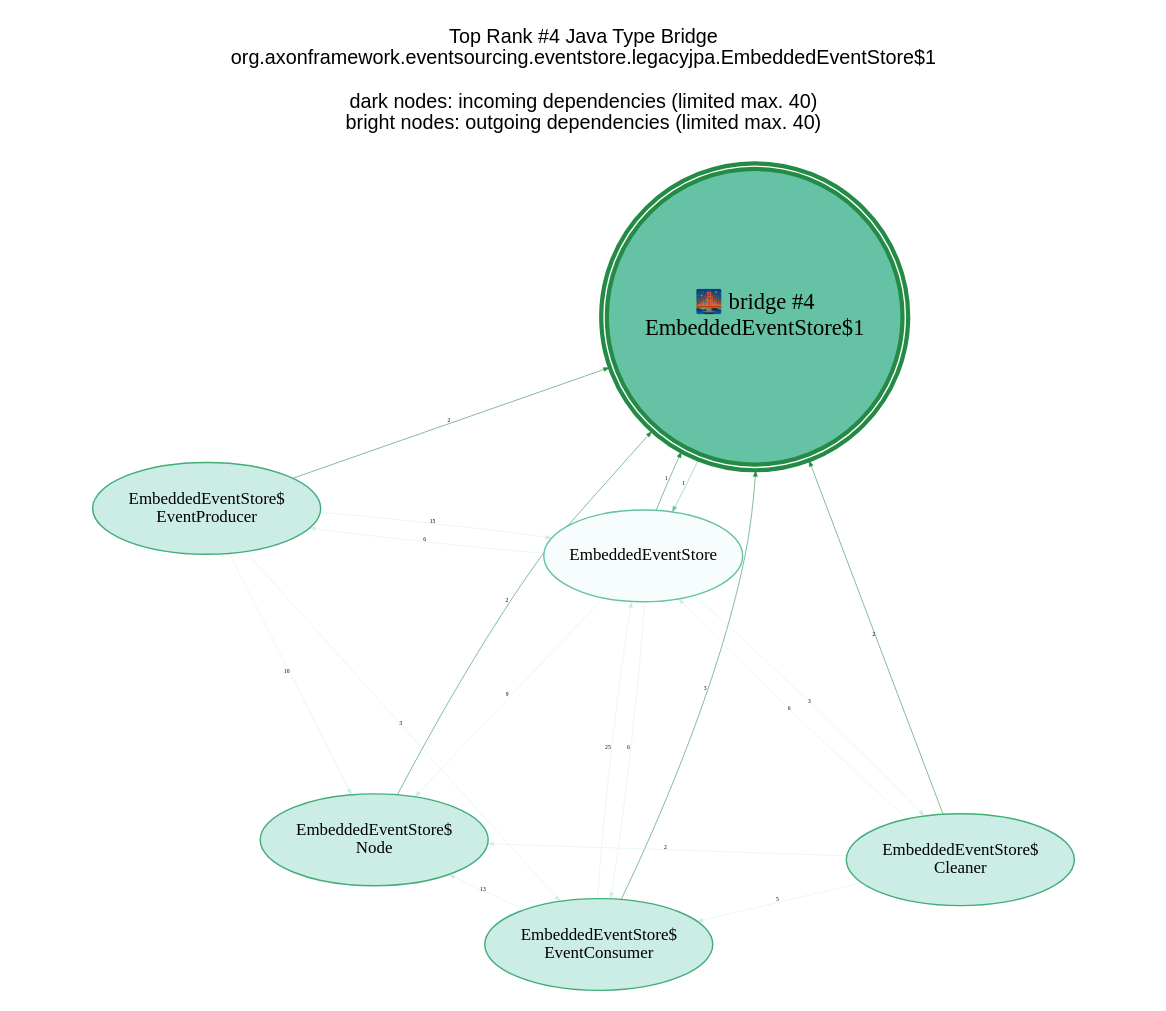
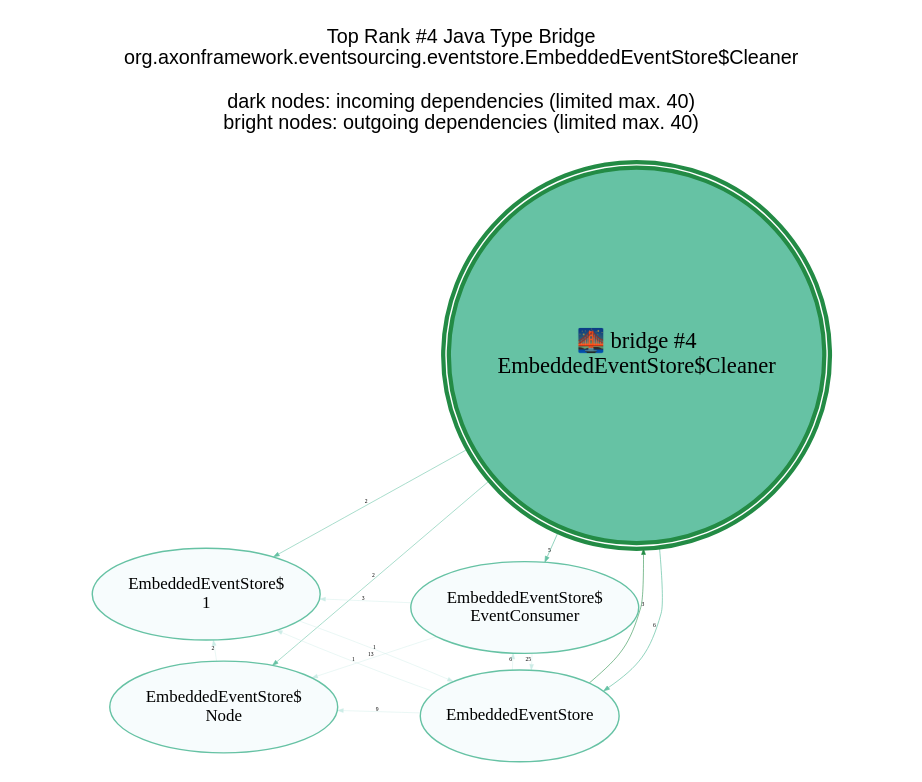
Before and after one commit to JohT/code-graph-analysis-examples: the diagram in analysis-results/AxonFramework/latest/anomaly-detection/Java_Type/GraphVisualizations/graphviz/TopBridge4.gv, drawn with Graphviz. The commit also changed 361 other files, not shown here.

```diff
--- a/analysis-results/AxonFramework/latest/anomaly-detection/Java_Type/GraphVisualizations/graphviz/TopBridge4.gv
+++ b/analysis-results/AxonFramework/latest/anomaly-detection/Java_Type/GraphVisualizations/graphviz/TopBridge4.gv
@@ -1,35 +1,30 @@
 // This GraphViz dot file was generated by the script convertQueryResultCsvToGraphVizDotFile.sh with TopCentral.template
 
 strict digraph TopBridge4 {
     graph [layout = "fdp"; start = "7"; splines = "spline"; pad = "0.8,0.1"; outputorder = "edgesfirst";];
     graph [fontname = "Helvetica,Arial,sans-serif"; labelloc = "t";];
     node [colorscheme = "bugn9"; color = 6; fillcolor = 3;];
     edge [colorscheme = "bugn9"; color = 7;];
     node [fontsize = 12; style = "filled"; margin = "0.03,0.03"; width="1.3"; height="0.9";];
     edge [fontsize = 4; arrowsize = "0.4";];
 
     central [shape = "doublecircle"; height = "2.0"; margin = "0.000001,0.000001";];
     central [fontsize = 16;];
     central [color = 7; fillcolor = 5; penwidth = 3;];
 
-	graph   [label="Top Rank #4 Java Type Bridge\norg.axonframework.eventsourcing.eventstore.legacyjpa.EmbeddedEventStore$1\n\ndark nodes: incoming dependencies (limited max. 40)\nbright nodes: outgoing dependencies (limited max. 40)\n\n"];
-	central [label="🌉 bridge #4\nEmbeddedEventStore$1"];
-	"EmbeddedEventStore$EventConsumer_12524" [label = "EmbeddedEventStore$\nEventConsumer"; ]; "EmbeddedEventStore$EventConsumer_12524" -> central [label=3; weight=3; penwidth=0.4];
-	"EmbeddedEventStore$Cleaner_12522" [label = "EmbeddedEventStore$\nCleaner"; ]; "EmbeddedEventStore$Cleaner_12522" -> central [label=2; weight=2; penwidth=0.4];
-	"EmbeddedEventStore$EventProducer_12525" [label = "EmbeddedEventStore$\nEventProducer"; ]; "EmbeddedEventStore$EventProducer_12525" -> central [label=2; weight=2; penwidth=0.4];
-	"EmbeddedEventStore$Node_12523" [label = "EmbeddedEventStore$\nNode"; ]; "EmbeddedEventStore$Node_12523" -> central [label=2; weight=2; penwidth=0.4];
-	"EmbeddedEventStore_12536" [label = "EmbeddedEventStore"; ]; "EmbeddedEventStore_12536" -> central [label=1; weight=1; penwidth=0.4];
-	"EmbeddedEventStore_12536" [label = "EmbeddedEventStore"; color = 5; fillcolor = 1; ]; central -> "EmbeddedEventStore_12536" [label=1; weight=1; penwidth=0.4; color = 5];
-	"EmbeddedEventStore$EventConsumer_12524" -> "EmbeddedEventStore_12536" [label=25; weight=25; penwidth=0.3; color = 3]
-	"EmbeddedEventStore$EventProducer_12525" -> "EmbeddedEventStore_12536" [label=15; weight=15; penwidth=0.3; color = 3]
-	"EmbeddedEventStore$EventConsumer_12524" -> "EmbeddedEventStore$Node_12523" [label=13; weight=13; penwidth=0.3; color = 3]
-	"EmbeddedEventStore$EventProducer_12525" -> "EmbeddedEventStore$Node_12523" [label=10; weight=10; penwidth=0.3; color = 3]
-	"EmbeddedEventStore_12536" -> "EmbeddedEventStore$Node_12523" [label=9; weight=9; penwidth=0.3; color = 3]
-	"EmbeddedEventStore_12536" -> "EmbeddedEventStore$EventConsumer_12524" [label=6; weight=6; penwidth=0.3; color = 3]
-	"EmbeddedEventStore_12536" -> "EmbeddedEventStore$EventProducer_12525" [label=6; weight=6; penwidth=0.3; color = 3]
-	"EmbeddedEventStore$Cleaner_12522" -> "EmbeddedEventStore_12536" [label=6; weight=6; penwidth=0.3; color = 3]
-	"EmbeddedEventStore$Cleaner_12522" -> "EmbeddedEventStore$EventConsumer_12524" [label=5; weight=5; penwidth=0.3; color = 3]
-	"EmbeddedEventStore_12536" -> "EmbeddedEventStore$Cleaner_12522" [label=3; weight=3; penwidth=0.3; color = 3]
-	"EmbeddedEventStore$EventProducer_12525" -> "EmbeddedEventStore$EventConsumer_12524" [label=3; weight=3; penwidth=0.3; color = 3]
-	"EmbeddedEventStore$Cleaner_12522" -> "EmbeddedEventStore$Node_12523" [label=2; weight=2; penwidth=0.3; color = 3]
+	graph   [label="Top Rank #4 Java Type Bridge\norg.axonframework.eventsourcing.eventstore.EmbeddedEventStore$Cleaner\n\ndark nodes: incoming dependencies (limited max. 40)\nbright nodes: outgoing dependencies (limited max. 40)\n\n"];
+	central [label="🌉 bridge #4\nEmbeddedEventStore$Cleaner"];
+	"EmbeddedEventStore_10405" [label = "EmbeddedEventStore"; ]; "EmbeddedEventStore_10405" -> central [label=3; weight=3; penwidth=0.4];
+	"EmbeddedEventStore_10405" [label = "EmbeddedEventStore"; color = 5; fillcolor = 1; ]; central -> "EmbeddedEventStore_10405" [label=6; weight=6; penwidth=0.5; color = 5];
+	"EmbeddedEventStore$EventConsumer_10409" [label = "EmbeddedEventStore$\nEventConsumer"; color = 5; fillcolor = 1; ]; central -> "EmbeddedEventStore$EventConsumer_10409" [label=5; weight=5; penwidth=0.5; color = 5];
+	"EmbeddedEventStore$1_10404" [label = "EmbeddedEventStore$\n1"; color = 5; fillcolor = 1; ]; central -> "EmbeddedEventStore$1_10404" [label=2; weight=2; penwidth=0.4; color = 5];
+	"EmbeddedEventStore$Node_10408" [label = "EmbeddedEventStore$\nNode"; color = 5; fillcolor = 1; ]; central -> "EmbeddedEventStore$Node_10408" [label=2; weight=2; penwidth=0.4; color = 5];
+	"EmbeddedEventStore$EventConsumer_10409" -> "EmbeddedEventStore_10405" [label=25; weight=25; penwidth=0.3; color = 3]
+	"EmbeddedEventStore$EventConsumer_10409" -> "EmbeddedEventStore$Node_10408" [label=13; weight=13; penwidth=0.3; color = 3]
+	"EmbeddedEventStore_10405" -> "EmbeddedEventStore$Node_10408" [label=9; weight=9; penwidth=0.3; color = 3]
+	"EmbeddedEventStore_10405" -> "EmbeddedEventStore$EventConsumer_10409" [label=6; weight=6; penwidth=0.3; color = 3]
+	"EmbeddedEventStore$EventConsumer_10409" -> "EmbeddedEventStore$1_10404" [label=3; weight=3; penwidth=0.3; color = 3]
+	"EmbeddedEventStore$Node_10408" -> "EmbeddedEventStore$1_10404" [label=2; weight=2; penwidth=0.3; color = 3]
+	"EmbeddedEventStore_10405" -> "EmbeddedEventStore$1_10404" [label=1; weight=1; penwidth=0.3; color = 3]
+	"EmbeddedEventStore$1_10404" -> "EmbeddedEventStore_10405" [label=1; weight=1; penwidth=0.3; color = 3]
 }
```
